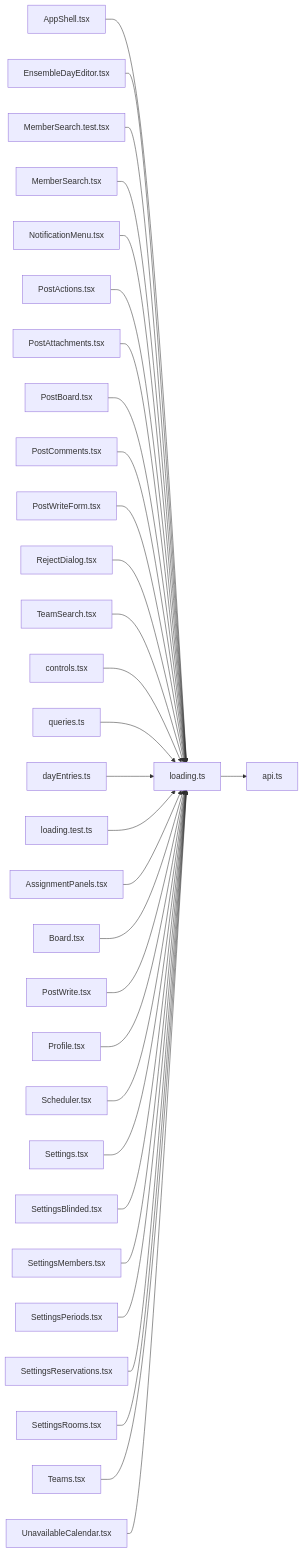
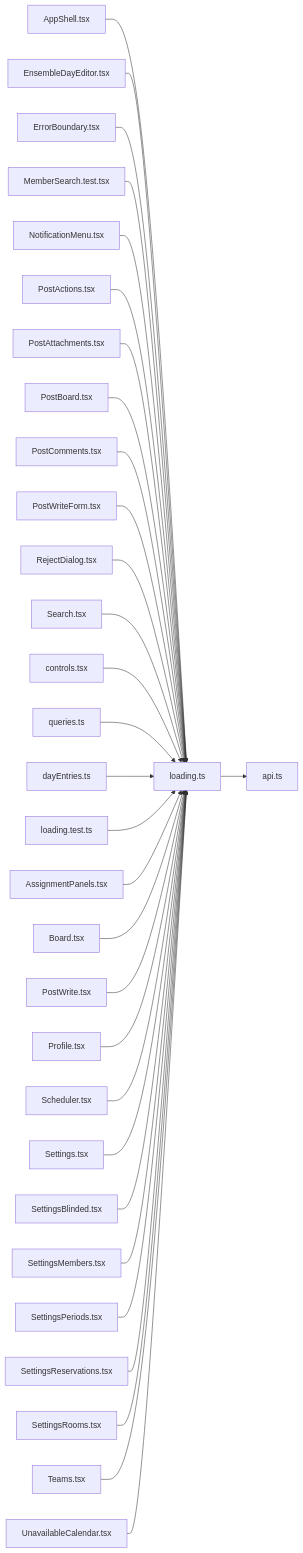
One commit to minkong-dev/Banblit changed the diagram in .cluedoc/graph/frontend/src/lib/loading.md. Above: the diagram before and after it, drawn with Mermaid. The commit also changed other lines of this file and 78 other files, not shown here.

Commit message:
frontend: merge single-function files into Board, Profile, Search, controls, loading and pipeline

````diff
--- a/.cluedoc/graph/frontend/src/lib/loading.md
+++ b/.cluedoc/graph/frontend/src/lib/loading.md
@@ -10,34 +10,34 @@
 ```mermaid
 flowchart LR
   frontend_src_lib_loading["loading.ts"]
   frontend_src_lib_loading --> frontend_src_lib_api["api.ts"]
   frontend_src_components_AppShell["AppShell.tsx"] --> frontend_src_lib_loading
   frontend_src_components_EnsembleDayEditor["EnsembleDayEditor.tsx"] --> frontend_src_lib_loading
+  frontend_src_components_ErrorBoundary["ErrorBoundary.tsx"] --> frontend_src_lib_loading
   frontend_src_components_MemberSearch_test["MemberSearch.test.tsx"] --> frontend_src_lib_loading
-  frontend_src_components_MemberSearch["MemberSearch.tsx"] --> frontend_src_lib_loading
   frontend_src_components_NotificationMenu["NotificationMenu.tsx"] --> frontend_src_lib_loading
   frontend_src_components_PostActions["PostActions.tsx"] --> frontend_src_lib_loading
   frontend_src_components_PostAttachments["PostAttachments.tsx"] --> frontend_src_lib_loading
   frontend_src_components_PostBoard["PostBoard.tsx"] --> frontend_src_lib_loading
   frontend_src_components_PostComments["PostComments.tsx"] --> frontend_src_lib_loading
   frontend_src_components_PostWriteForm["PostWriteForm.tsx"] --> frontend_src_lib_loading
   frontend_src_components_RejectDialog["RejectDialog.tsx"] --> frontend_src_lib_loading
-  frontend_src_components_TeamSearch["TeamSearch.tsx"] --> frontend_src_lib_loading
+  frontend_src_components_Search["Search.tsx"] --> frontend_src_lib_loading
   frontend_src_components_controls["controls.tsx"] --> frontend_src_lib_loading
   frontend_src_components_queries["queries.ts"] --> frontend_src_lib_loading
   frontend_src_lib_dayEntries["dayEntries.ts"] --> frontend_src_lib_loading
   frontend_src_lib_loading_test["loading.test.ts"] --> frontend_src_lib_loading
   frontend_src_routes_AssignmentPanels["AssignmentPanels.tsx"] --> frontend_src_lib_loading
   frontend_src_routes_Board["Board.tsx"] --> frontend_src_lib_loading
   frontend_src_routes_PostWrite["PostWrite.tsx"] --> frontend_src_lib_loading
   frontend_src_routes_Profile["Profile.tsx"] --> frontend_src_lib_loading
   frontend_src_routes_Scheduler["Scheduler.tsx"] --> frontend_src_lib_loading
   frontend_src_routes_Settings["Settings.tsx"] --> frontend_src_lib_loading
   frontend_src_routes_SettingsBlinded["SettingsBlinded.tsx"] --> frontend_src_lib_loading
   frontend_src_routes_SettingsMembers["SettingsMembers.tsx"] --> frontend_src_lib_loading
   frontend_src_routes_SettingsPeriods["SettingsPeriods.tsx"] --> frontend_src_lib_loading
   frontend_src_routes_SettingsReservations["SettingsReservations.tsx"] --> frontend_src_lib_loading
   frontend_src_routes_SettingsRooms["SettingsRooms.tsx"] --> frontend_src_lib_loading
   frontend_src_routes_Teams["Teams.tsx"] --> frontend_src_lib_loading
   frontend_src_routes_UnavailableCalendar["UnavailableCalendar.tsx"] --> frontend_src_lib_loading
 ```
````
